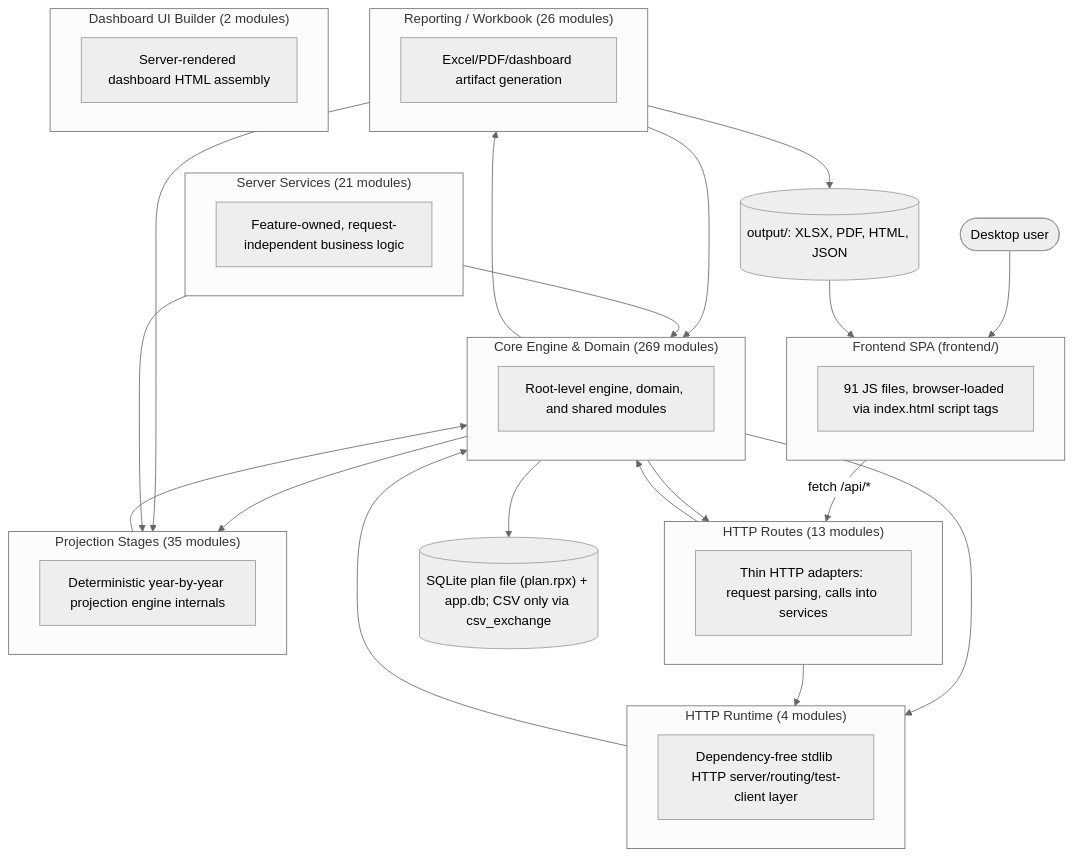
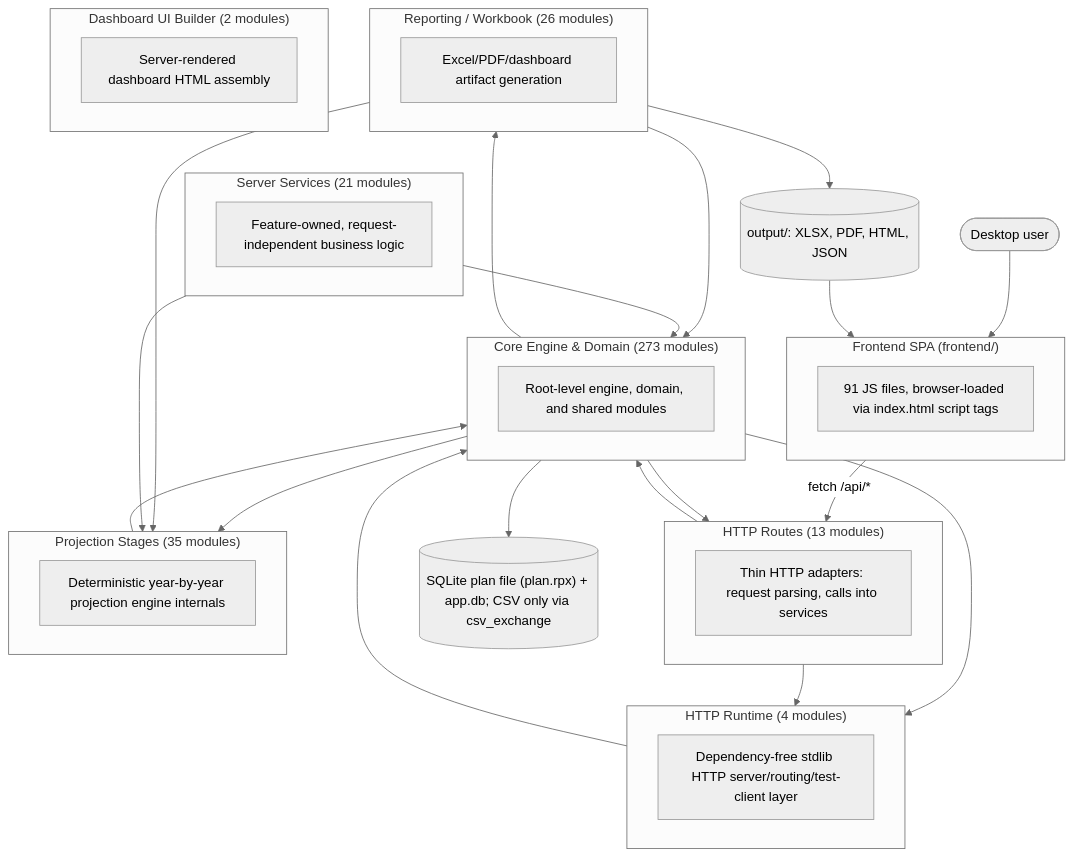
One commit to matthartzman/retirement_system changed the first of 2 diagrams in documentation/reference/SYSTEM_ARCHITECTURE_DIAGRAM.md. Above: the diagram before and after it, drawn with Mermaid (neutral theme). The commit also changed other lines of this file and 7 other files, not shown here.

````diff
--- a/documentation/reference/SYSTEM_ARCHITECTURE_DIAGRAM.md
+++ b/documentation/reference/SYSTEM_ARCHITECTURE_DIAGRAM.md
@@ -11,44 +11,44 @@
 ```mermaid
 flowchart TB
     User(["Desktop user"]) --> FE
     subgraph FE["Frontend SPA (frontend/)"]
         FEcount["91 JS files, browser-loaded via index.html script tags"]
     end
     FE -->|fetch /api/*| L_HTTP_Routes
     subgraph L_HTTP_Routes["HTTP Routes (13 modules)"]
         L_HTTP_Routes_d["Thin HTTP adapters: request parsing, calls into services"]
     end
     subgraph L_Server_Services["Server Services (21 modules)"]
         L_Server_Services_d["Feature-owned, request-independent business logic"]
     end
     subgraph L_HTTP_Runtime["HTTP Runtime (4 modules)"]
         L_HTTP_Runtime_d["Dependency-free stdlib HTTP server/routing/test-client layer"]
     end
-    subgraph L_Core_Engine___Domain["Core Engine & Domain (269 modules)"]
+    subgraph L_Core_Engine___Domain["Core Engine & Domain (273 modules)"]
         L_Core_Engine___Domain_d["Root-level engine, domain, and shared modules"]
     end
     subgraph L_Projection_Stages["Projection Stages (35 modules)"]
         L_Projection_Stages_d["Deterministic year-by-year projection engine internals"]
     end
     subgraph L_Reporting___Workbook["Reporting / Workbook (26 modules)"]
         L_Reporting___Workbook_d["Excel/PDF/dashboard artifact generation"]
     end
     subgraph L_Dashboard_UI_Builder["Dashboard UI Builder (2 modules)"]
         L_Dashboard_UI_Builder_d["Server-rendered dashboard HTML assembly"]
     end
     L_Core_Engine___Domain --> L_HTTP_Routes
     L_Core_Engine___Domain --> L_HTTP_Runtime
     L_Core_Engine___Domain --> L_Projection_Stages
     L_Core_Engine___Domain --> L_Reporting___Workbook
     L_HTTP_Routes --> L_Core_Engine___Domain
     L_HTTP_Routes --> L_HTTP_Runtime
     L_HTTP_Runtime --> L_Core_Engine___Domain
     L_Projection_Stages --> L_Core_Engine___Domain
     L_Reporting___Workbook --> L_Core_Engine___Domain
     L_Reporting___Workbook --> L_Projection_Stages
     L_Server_Services --> L_Core_Engine___Domain
     L_Server_Services --> L_Projection_Stages
     L_Core_Engine___Domain --> DB[("SQLite plan file (plan.rpx) + app.db; CSV only via csv_exchange")]
     L_Reporting___Workbook --> Outputs[("output/: XLSX, PDF, HTML, JSON")]
     Outputs --> FE
 ```
````
